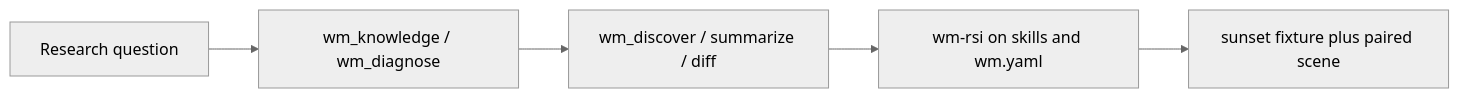
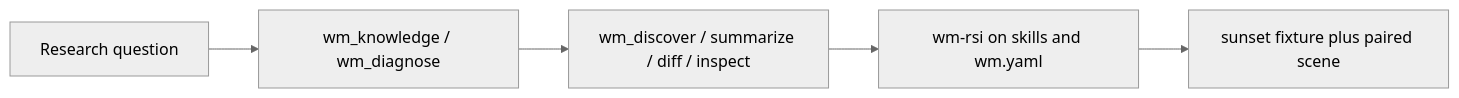
The diagram in README.md (WayneJin0918/dsh-wm), drawn with Mermaid (neutral theme) before and after one commit. The commit also changed other lines of this file and 18 other files, not shown here.

````diff
--- a/README.md
+++ b/README.md
@@ -195,7 +200,7 @@
 ```mermaid
 flowchart LR
   ask[Research question] --> know[wm_knowledge / wm_diagnose]
-  know --> measure[wm_discover / summarize / diff]
+  know --> measure[wm_discover / summarize / diff / inspect]
   measure --> rsi[wm-rsi on skills and wm.yaml]
   rsi --> gate[sunset fixture plus paired scene]
 ```
````
